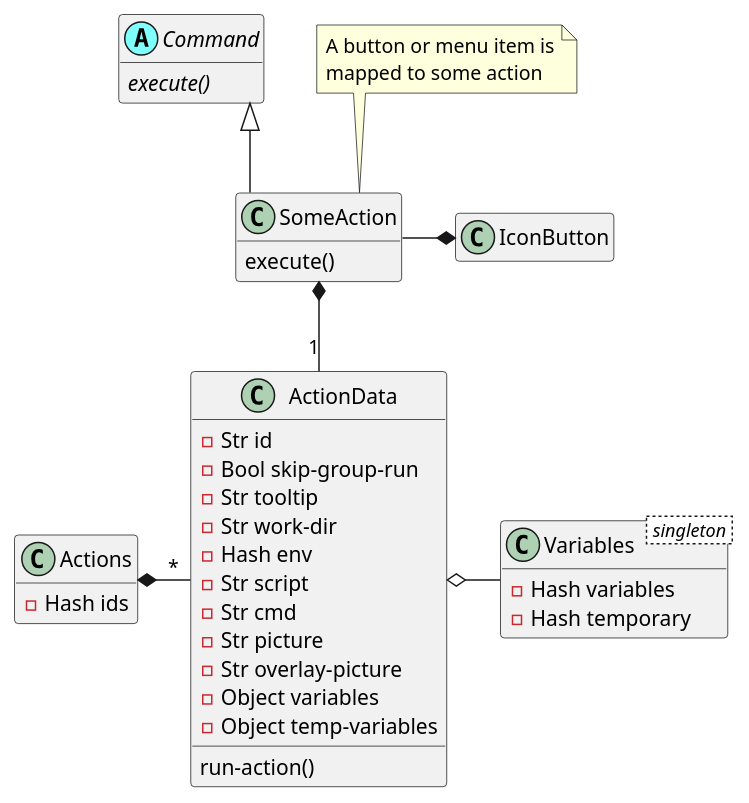
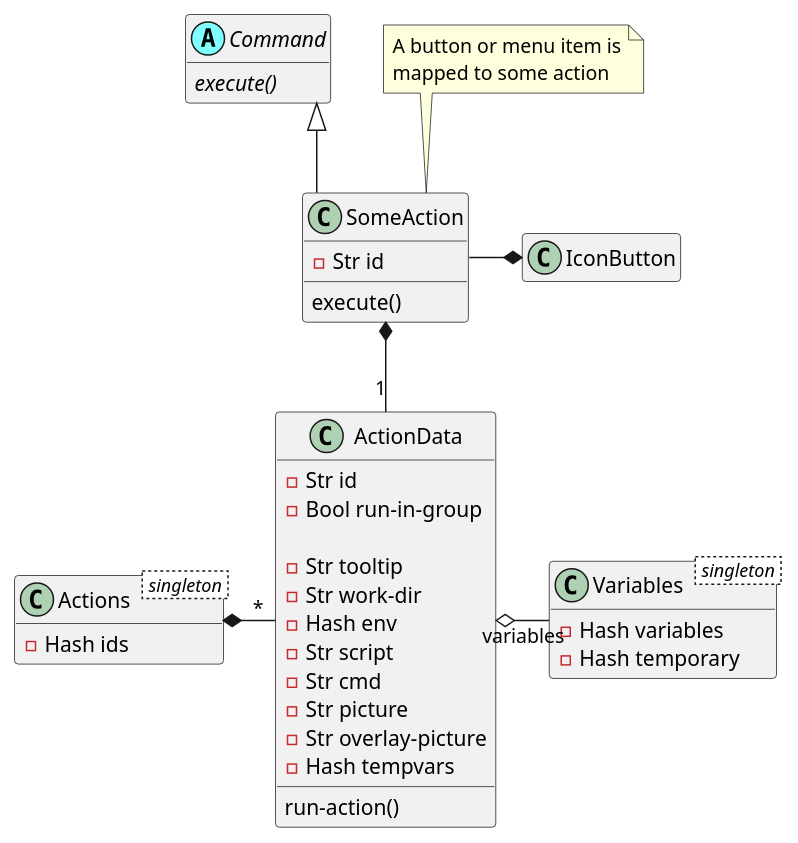
The first of 2 diagrams in doc/dispatcher.md (MARTIMM/SessionManager), drawn with PlantUML before and after one commit. The commit also changed other lines of this file, not shown here.

Commit message:
change uml

````diff
--- a/doc/dispatcher.md
+++ b/doc/dispatcher.md
@@ -44,56 +44,57 @@
 ```plantuml
 @startuml
 
 'scale 0.8
 
 skinparam packageStyle rectangle
 skinparam stereotypeCBackgroundColor #80ffff
 skinparam linetype ortho
 
 set namespaceSeparator ::
-hide empty  members
-'hide attributes
+hide empty members
 
 abstract class Command <<(A,#80ffff)>> {
   {abstract} execute()
 }
 
-note "A button or menu item is\nmapped to some action" as N1
 class SomeAction {
+  - Str id
   execute()
 }
-N1 ..SomeAction
+
+note "A button or menu item is\nmapped to some action" as N1
+N1 .. SomeAction
 
 class Variables < singleton > {
   - Hash variables
   - Hash temporary
 }
 
-class Actions {
+class Actions < singleton > {
   - Hash ids
 }
 
 class ActionData {
   - Str id
-  - Bool skip-group-run
+  - Bool run-in-group
+
   - Str tooltip
   - Str work-dir
   - Hash env
   - Str script
   - Str cmd
   - Str picture
   - Str overlay-picture
-  - Object variables
-  - Object temp-variables
+  - Hash tempvars
 
   run-action()
 }
 
 Actions *- "*" ActionData
 Command <|-- SomeAction
 SomeAction *-- "1" ActionData
-ActionData o- Variables
+ActionData o- Variables: variables
 SomeAction -* IconButton
 
 @enduml
 ```
````
